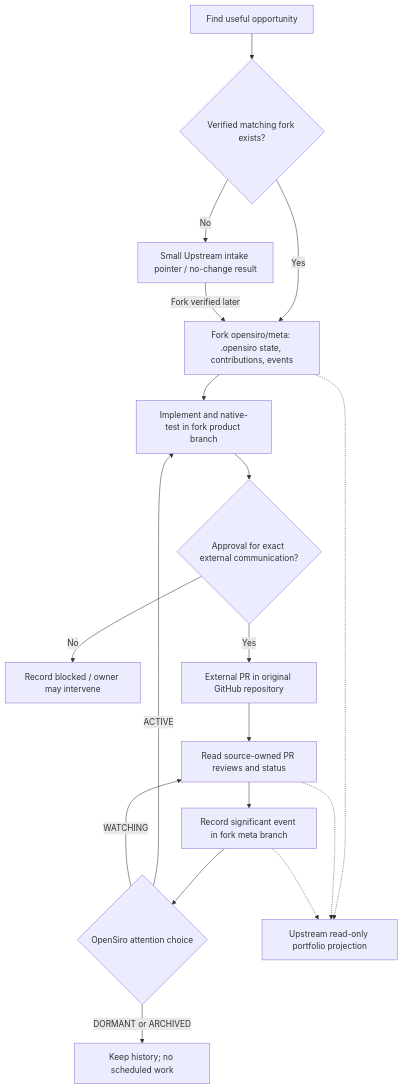
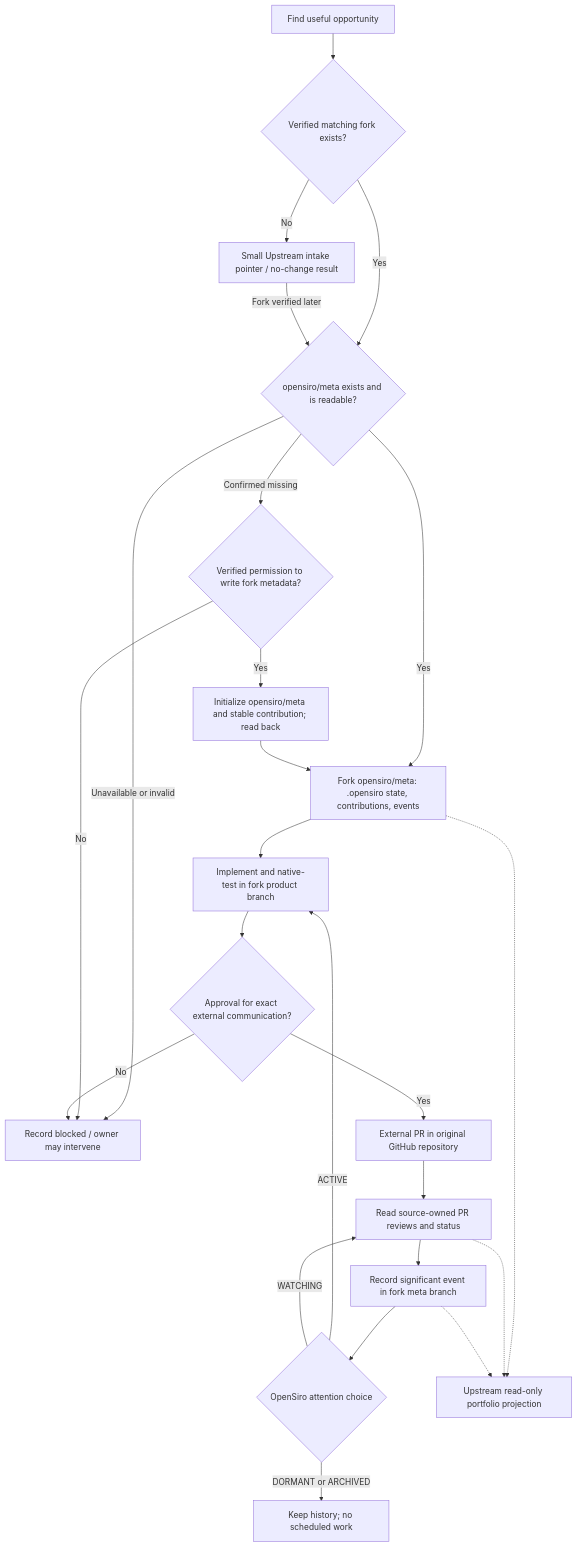
The diagram in docs/ARCHITECTURE.md (opensiro/upstream), drawn with Mermaid before and after one commit. The commit also changed other lines of this file and 7 other files, not shown here.

First line of the commit message:
upgrade: provision missing fork opensiro/meta before review handoff (#15)

````diff
--- a/docs/ARCHITECTURE.md
+++ b/docs/ARCHITECTURE.md
@@ -9,20 +9,26 @@
 ```mermaid
 flowchart TD
     A["Find useful opportunity"] --> B{"Verified matching fork exists?"}
     B -->|No| I["Small Upstream intake pointer / no-change result"]
-    B -->|Yes| C["Fork opensiro/meta: .opensiro state, contributions, events"]
-    I -->|Fork verified later| C
+    B -->|Yes| M{"opensiro/meta exists and is readable?"}
+    M -->|Yes| C["Fork opensiro/meta: .opensiro state, contributions, events"]
+    M -->|Confirmed missing| P{"Verified permission to write fork metadata?"}
+    M -->|Unavailable or invalid| W["Unknown/blocked — fail closed"]
+    P -->|Yes| N["Initialize opensiro/meta and stable contribution; read back"]
+    P -->|No| W
+    N --> C
+    I -->|Fork verified later| M
     C --> D["Implement and native-test in fork product branch"]
     D --> E{"Approval for exact external communication?"}
     E -->|No| W["Record blocked / owner may intervene"]
     E -->|Yes| F["External PR in original GitHub repository"]
     F --> G["Read source-owned PR reviews and status"]
     G --> H["Record significant event in fork meta branch"]
     H --> J{"OpenSiro attention choice"}
     J -->|ACTIVE| D
     J -->|WATCHING| G
     J -->|DORMANT or ARCHIVED| K["Keep history; no scheduled work"]
     C -.-> Z["Upstream read-only portfolio projection"]
     G -.-> Z
     H -.-> Z
 ```
````
